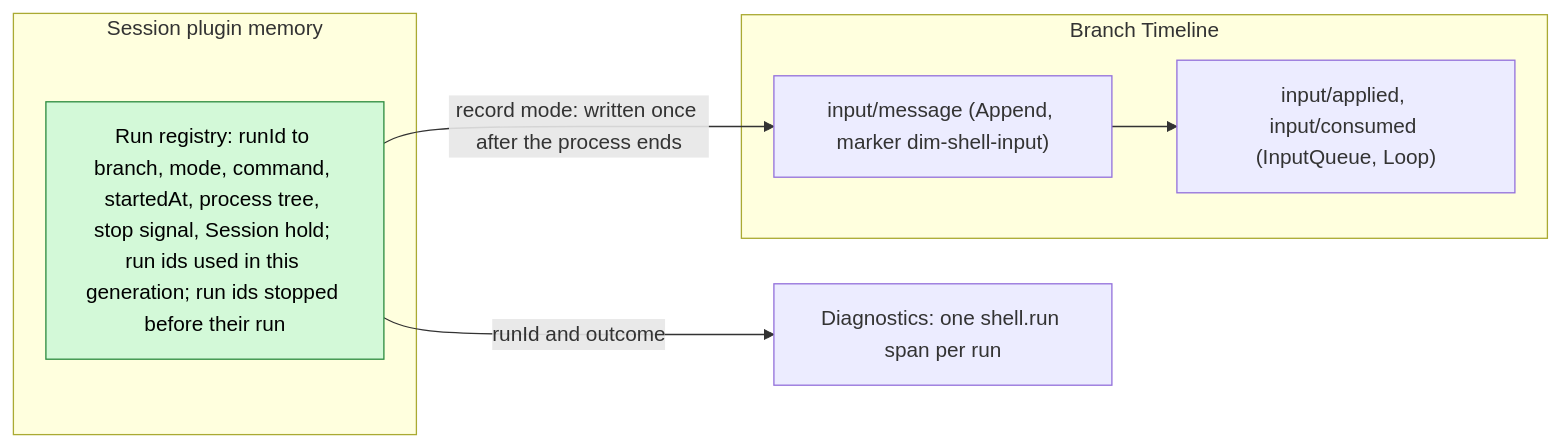
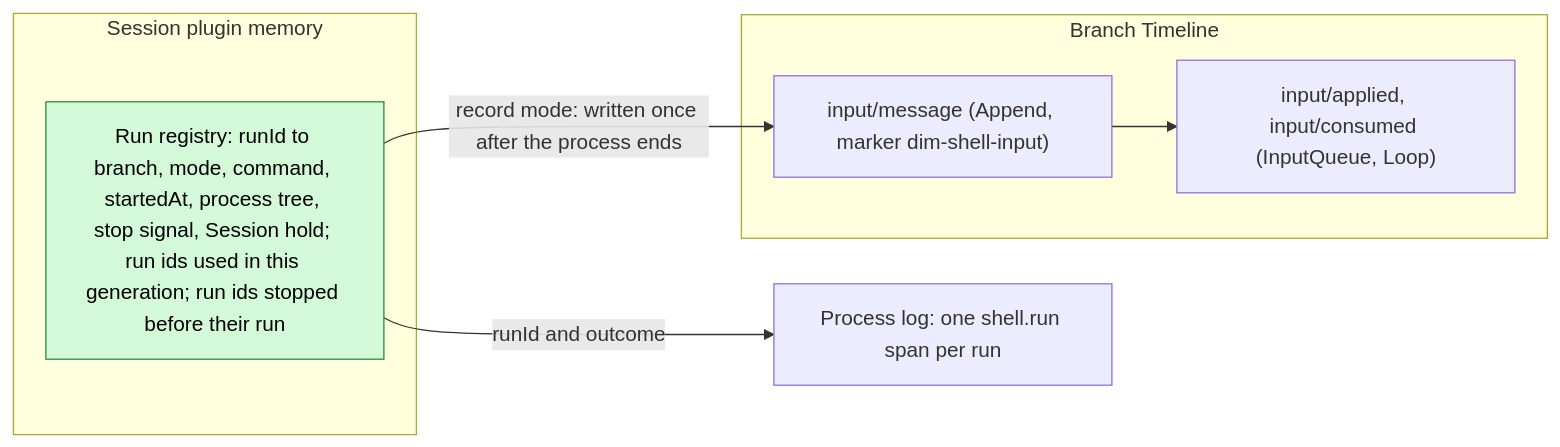
The second of 3 diagrams in docs/design/plugins/ShellInput.md (CoutinhoTTS/dim-agent), drawn with Mermaid before and after one commit. The commit also changed other lines of this file and 23 other files, not shown here.

First line of the commit message:
docs: retire the trace archive from the design and architecture pages

````diff
--- a/docs/design/plugins/ShellInput.md
+++ b/docs/design/plugins/ShellInput.md
@@ -51,15 +51,15 @@
 ```mermaid
 flowchart LR
   subgraph MEM["Session plugin memory"]
     RR["Run registry: runId to branch, mode, command, startedAt, process tree, stop signal, Session hold; run ids used in this generation; run ids stopped before their run"]:::new
   end
   subgraph TL["Branch Timeline"]
     IM["input/message (Append, marker dim-shell-input)"]
     IA["input/applied, input/consumed (InputQueue, Loop)"]
   end
-  DG["Diagnostics: one shell.run span per run"]
+  DG["Process log: one shell.run span per run"]
   RR -- "record mode: written once after the process ends" --> IM
   IM --> IA
   RR -- "runId and outcome" --> DG
   classDef new fill:#d3f9d8,stroke:#2b8a3e,color:#000
 ```
````
